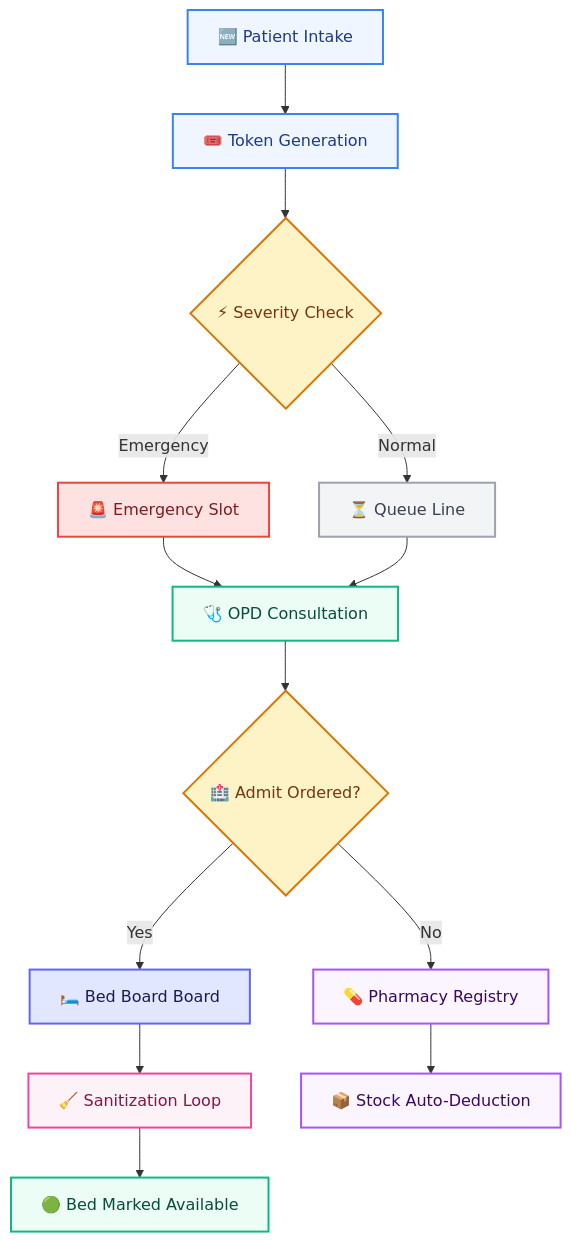
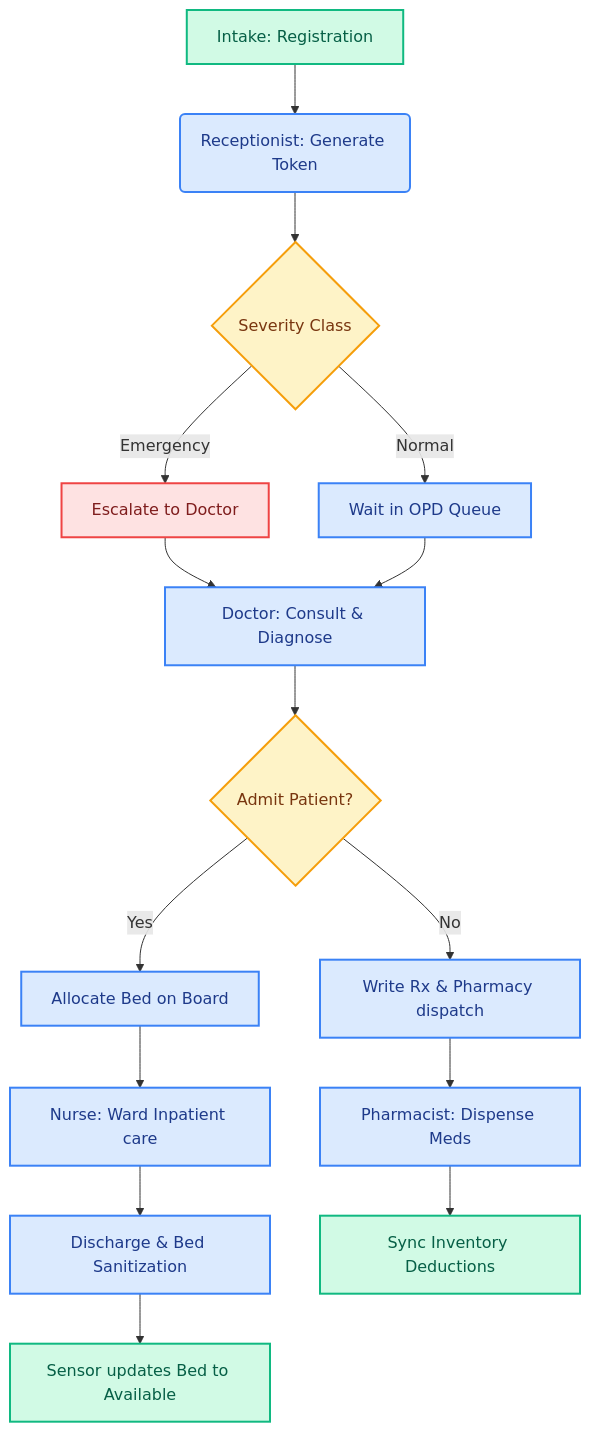
One commit to AkshayaSwati-26/iSHMRS changed the diagram in README.md. Above: the diagram before and after it, drawn with Mermaid. The commit also changed other lines of this file, not shown here.

Commit message:
Enhance README.md layout with badges, table, and styled Mermaid diagram

````diff
--- a/README.md
+++ b/README.md
@@ -59,44 +50,21 @@
 ```mermaid
-flowchart TD
-    %% Node Definitions
-    A["🆕 Patient Intake"]
-    B["🎟️ Token Generation"]
-    C{"⚡ Severity Check"}
-    D["🚨 Emergency Slot"]
-    E["⏳ Queue Line"]
-    F["🩺 OPD Consultation"]
-    G{"🏥 Admit Ordered?"}
-    H["🛏️ Bed Board Board"]
-    I["💊 Pharmacy Registry"]
-    J["🧹 Sanitization Loop"]
-    K["📦 Stock Auto-Deduction"]
-    L["🟢 Bed Marked Available"]
+graph TD
+    classDef startEnd fill:#d1fae5,stroke:#10b981,stroke-width:2px,color:#065f46;
+    classDef process fill:#dbeafe,stroke:#3b82f6,stroke-width:2px,color:#1e3a8a;
+    classDef decision fill:#fef3c7,stroke:#f59e0b,stroke-width:2px,color:#78350f;
+    classDef alert fill:#fee2e2,stroke:#ef4444,stroke-width:2px,color:#7f1d1d;
 
-    %% Link Connections
-    A --> B
-    B --> C
-    C -->|Emergency| D
-    C -->|Normal| E
-    D --> F
-    E --> F
-    F --> G
-    G -->|Yes| H
-    G -->|No| I
-    H --> J
-    J --> L
-    I --> K
-
-    %% Custom Colors & Styling
-    style A fill:#eff6ff,stroke:#3b82f6,stroke-width:2px,color:#1e3a8a
-    style B fill:#eff6ff,stroke:#3b82f6,stroke-width:2px,color:#1e3a8a
-    style C fill:#fef3c7,stroke:#d97706,stroke-width:2px,color:#78350f
-    style D fill:#fee2e2,stroke:#ef4444,stroke-width:2px,color:#7f1d1d
-    style E fill:#f3f4f6,stroke:#9ca3af,stroke-width:2px,color:#374151
-    style F fill:#ecfdf5,stroke:#10b981,stroke-width:2px,color:#064e3b
-    style G fill:#fef3c7,stroke:#d97706,stroke-width:2px,color:#78350f
-    style H fill:#e0e7ff,stroke:#6366f1,stroke-width:2px,color:#1e1b4b
-    style I fill:#faf5ff,stroke:#a855f7,stroke-width:2px,color:#3b0764
-    style J fill:#fdf2f8,stroke:#ec4899,stroke-width:2px,color:#831843
-    style K fill:#faf5ff,stroke:#a855f7,stroke-width:2px,color:#3b0764
-    style L fill:#ecfdf5,stroke:#10b981,stroke-width:2px,color:#064e3b
+    A[Intake: Registration]:::startEnd --> B(Receptionist: Generate Token):::process
+    B --> C{Severity Class}:::decision
+    C -->|Emergency| D[Escalate to Doctor]:::alert
+    C -->|Normal| E[Wait in OPD Queue]:::process
+    D & E --> F[Doctor: Consult & Diagnose]:::process
+    F --> G{Admit Patient?}:::decision
+    G -->|Yes| H[Allocate Bed on Board]:::process
+    G -->|No| I[Write Rx & Pharmacy dispatch]:::process
+    H --> J[Nurse: Ward Inpatient care]:::process
+    J --> K[Discharge & Bed Sanitization]:::process
+    K --> L[Sensor updates Bed to Available]:::startEnd
+    I --> M[Pharmacist: Dispense Meds]:::process
+    M --> N[Sync Inventory Deductions]:::startEnd
 ```
````
